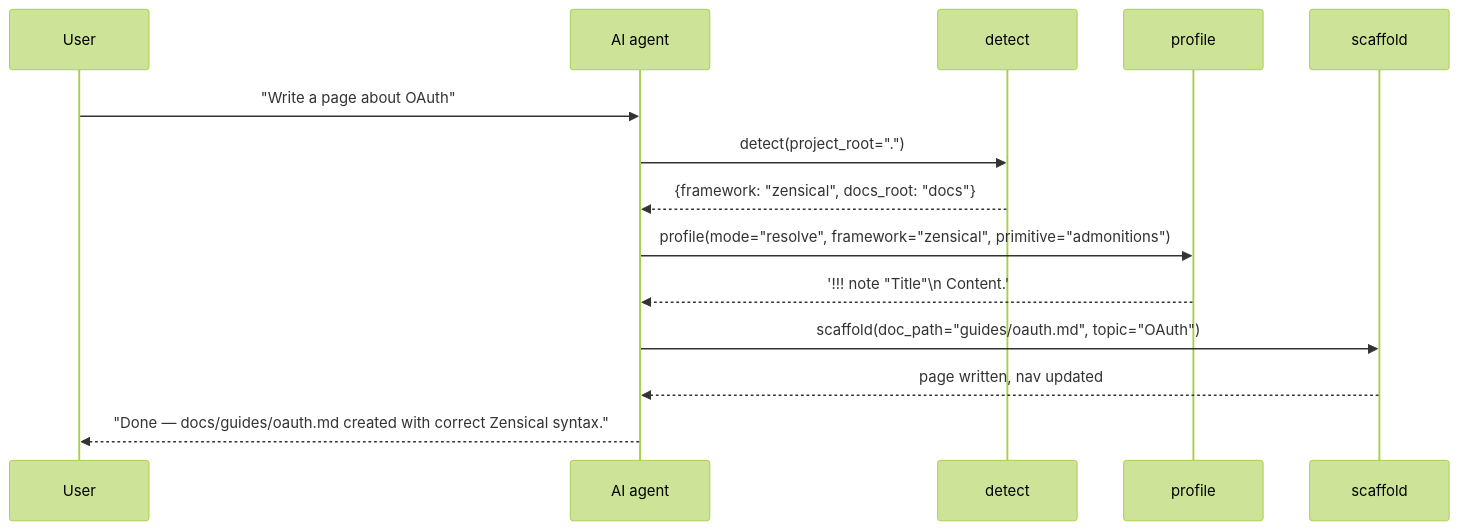
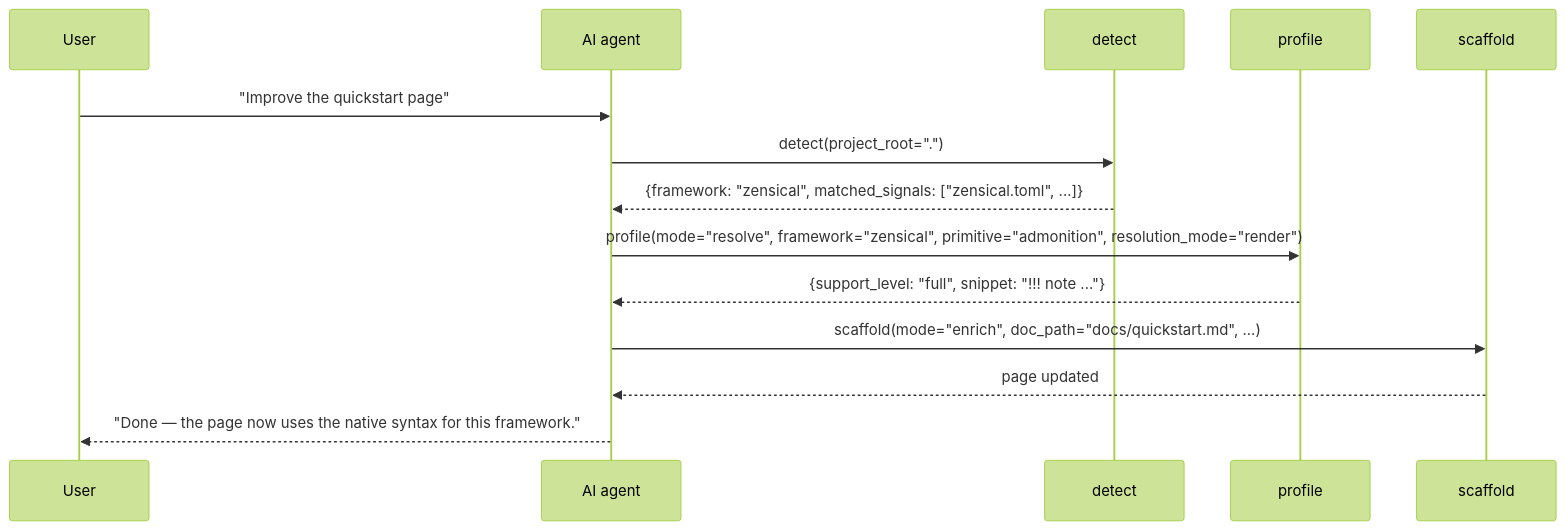
Before and after one commit to Anselmoo/mcp-zen-of-docs: the second of 2 diagrams in docs/guides/detect-profile-act.md, drawn with Mermaid (forest theme). The commit also changed other lines of this file and 41 other files, not shown here.

````diff
--- a/docs/guides/detect-profile-act.md
+++ b/docs/guides/detect-profile-act.md
@@ -116,17 +147,17 @@
 ```mermaid
 sequenceDiagram
     participant U as User
     participant A as AI agent
     participant D as detect
     participant P as profile
     participant S as scaffold
 
-    U->>A: "Write a page about OAuth"
+    U->>A: "Improve the quickstart page"
     A->>D: detect(project_root=".")
-    D-->>A: {framework: "zensical", docs_root: "docs"}
-    A->>P: profile(mode="resolve", framework="zensical", primitive="admonitions")
-    P-->>A: '!!! note "Title"\n    Content.'
-    A->>S: scaffold(doc_path="guides/oauth.md", topic="OAuth")
-    S-->>A: page written, nav updated
-    A-->>U: "Done — docs/guides/oauth.md created with correct Zensical syntax."
+    D-->>A: {framework: "zensical", matched_signals: ["zensical.toml", ...]}
+    A->>P: profile(mode="resolve", framework="zensical", primitive="admonition", resolution_mode="render")
+    P-->>A: {support_level: "full", snippet: "!!! note ..."}
+    A->>S: scaffold(mode="enrich", doc_path="docs/quickstart.md", ...)
+    S-->>A: page updated
+    A-->>U: "Done — the page now uses the native syntax for this framework."
 ```
````
